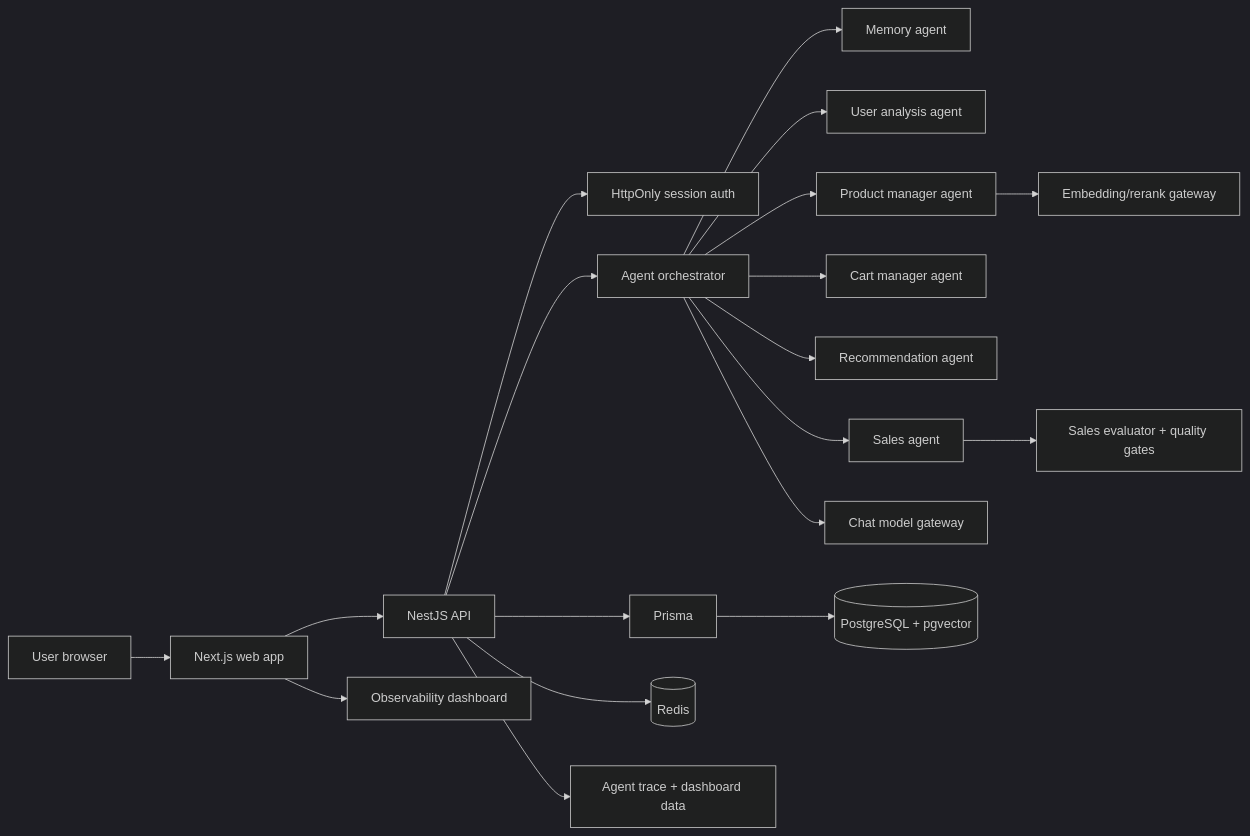
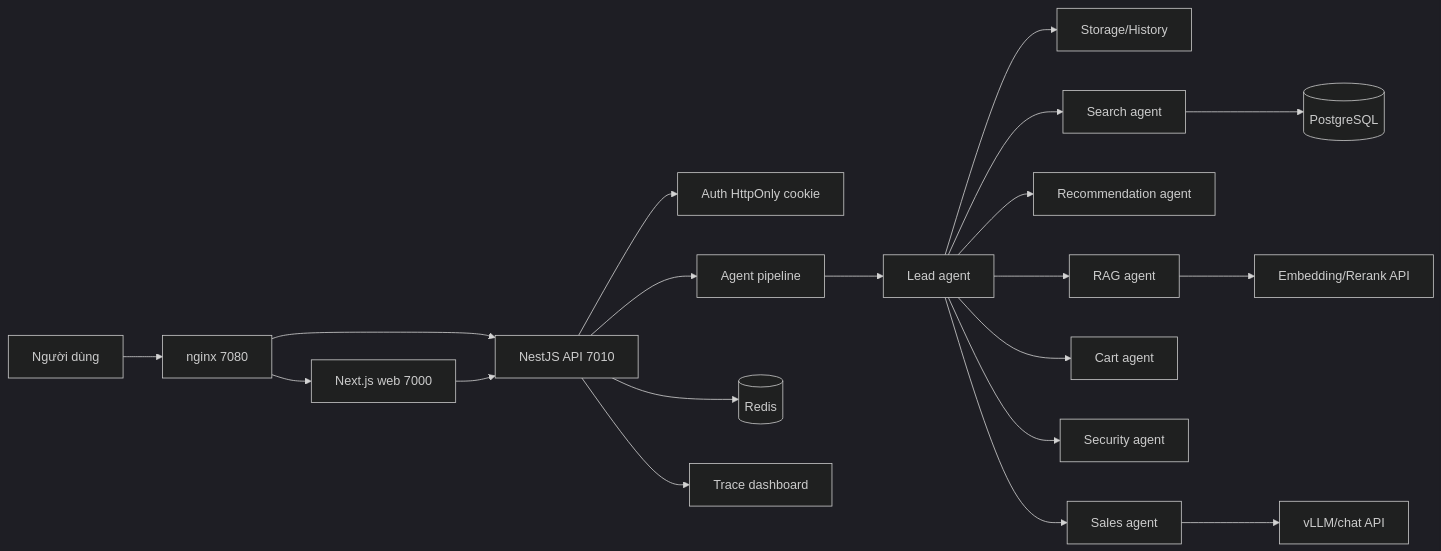
Before and after one commit to baolnq-ai/agent-retail: the diagram in README.md, drawn with Mermaid (dark theme). The commit also changed other lines of this file and 525 other files, not shown here.

````diff
--- a/README.md
+++ b/README.md
@@ -50,21 +117,22 @@
 ```mermaid
 flowchart LR
-  User[User browser] --> Web[Next.js web app]
-  Web --> API[NestJS API]
-  API --> Auth[HttpOnly session auth]
-  API --> Agent[Agent orchestrator]
-  Agent --> Memory[Memory agent]
-  Agent --> Analysis[User analysis agent]
-  Agent --> Product[Product manager agent]
-  Agent --> Cart[Cart manager agent]
-  Agent --> Recommend[Recommendation agent]
-  Agent --> Sales[Sales agent]
-  Sales --> Gate[Sales evaluator + quality gates]
-  API --> Prisma[Prisma]
-  Prisma --> Postgres[(PostgreSQL + pgvector)]
+  User[Người dùng] --> Nginx[nginx 7080]
+  Nginx --> Web[Next.js web 7000]
+  Nginx --> API[NestJS API 7010]
+  Web --> API
+  API --> Auth[Auth HttpOnly cookie]
+  API --> Agent[Agent pipeline]
+  Agent --> Lead[Lead agent]
+  Lead --> Memory[Storage/History]
+  Lead --> Search[Search agent]
+  Lead --> Recommend[Recommendation agent]
+  Lead --> RAG[RAG agent]
+  Lead --> Cart[Cart agent]
+  Lead --> Security[Security agent]
+  Lead --> Sales[Sales agent]
+  Sales --> ChatModel[vLLM/chat API]
+  Search --> Postgres[(PostgreSQL)]
+  RAG --> Embed[Embedding/Rerank API]
   API --> Redis[(Redis)]
-  Agent --> ChatModel[Chat model gateway]
-  Product --> EmbedModel[Embedding/rerank gateway]
-  API --> Trace[Agent trace + dashboard data]
-  Web --> Dashboard[Observability dashboard]
+  API --> Dashboard[Trace dashboard]
 ```
````
